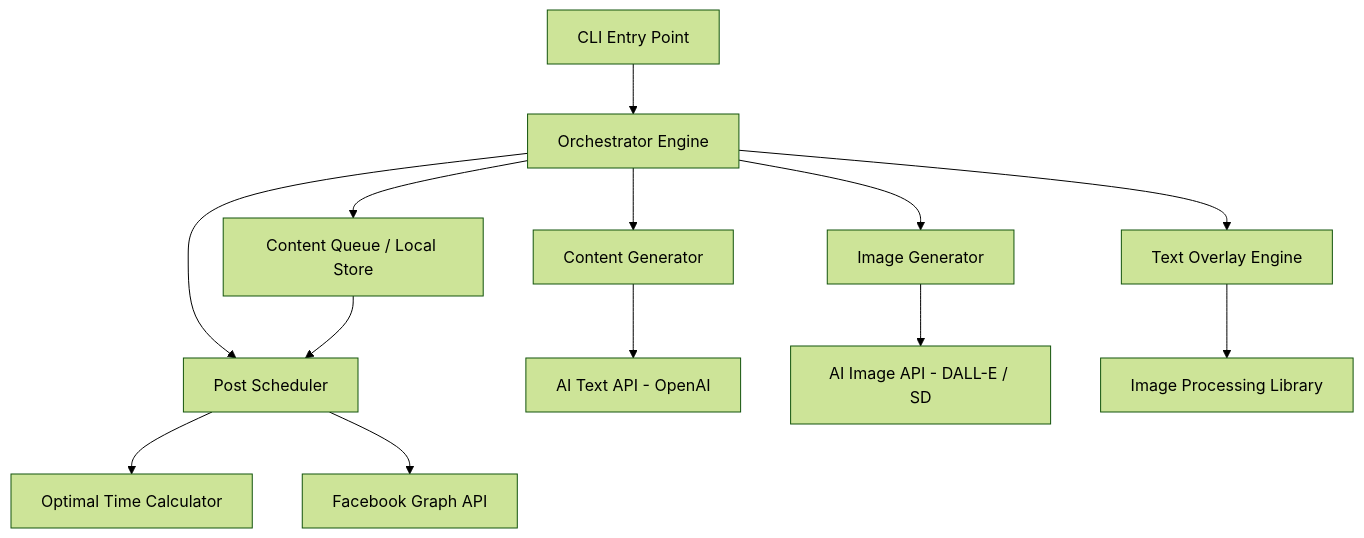
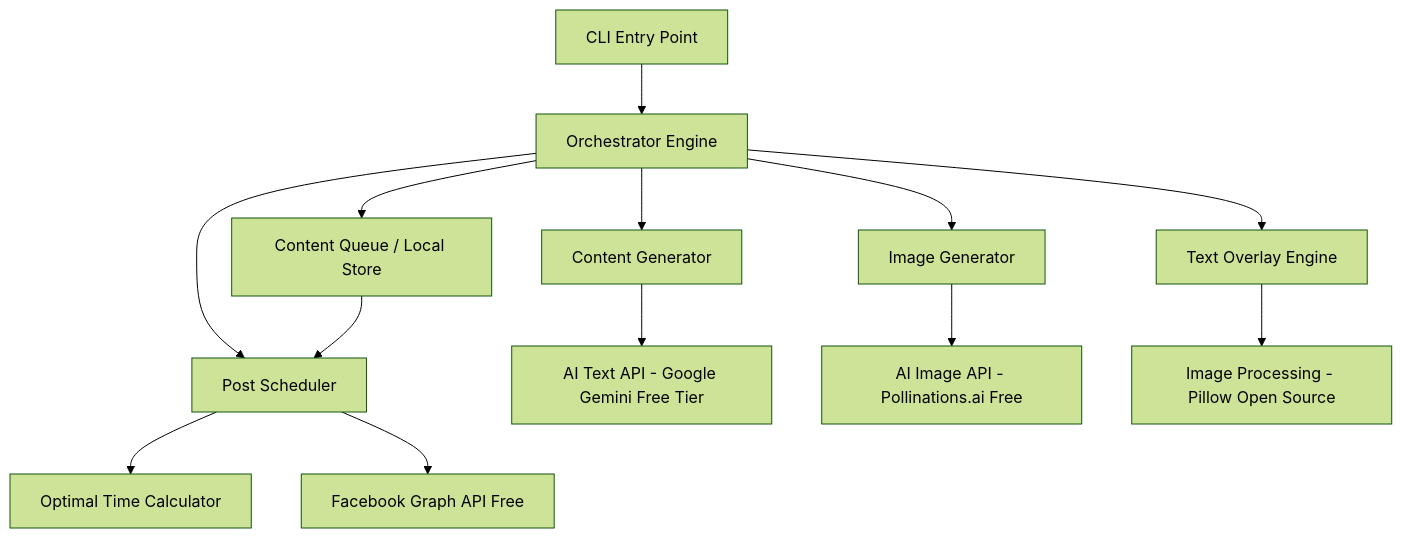
One commit to Miten001/docs changed the first of 3 diagrams in .kiro/specs/facebook-finance-auto-poster/design.md. Above: the diagram before and after it, drawn with Mermaid (forest theme). The commit also changed other lines of this file and 2 other files, not shown here.

First line of the commit message:
Update spec: Replace all paid APIs with FREE alternatives

````diff
--- a/.kiro/specs/facebook-finance-auto-poster/design.md
+++ b/.kiro/specs/facebook-finance-auto-poster/design.md
@@ -11,17 +21,18 @@
 ```mermaid
 graph TD
     CLI[CLI Entry Point] --> Orchestrator[Orchestrator Engine]
     Orchestrator --> ContentGen[Content Generator]
     Orchestrator --> ImageGen[Image Generator]
     Orchestrator --> TextOverlay[Text Overlay Engine]
     Orchestrator --> Scheduler[Post Scheduler]
-    
-    ContentGen --> AI_Text[AI Text API - OpenAI]
-    ImageGen --> AI_Image[AI Image API - DALL-E / SD]
-    TextOverlay --> ImageProc[Image Processing Library]
+
+
+    ContentGen --> AI_Text[AI Text API - Google Gemini Free Tier]
+    ImageGen --> AI_Image[AI Image API - Pollinations.ai Free]
+    TextOverlay --> ImageProc[Image Processing - Pillow Open Source]
     Scheduler --> TimeCalc[Optimal Time Calculator]
-    Scheduler --> FB_API[Facebook Graph API]
+    Scheduler --> FB_API[Facebook Graph API Free]
     
     Orchestrator --> ContentDB[Content Queue / Local Store]
     ContentDB --> Scheduler
 ```
````
